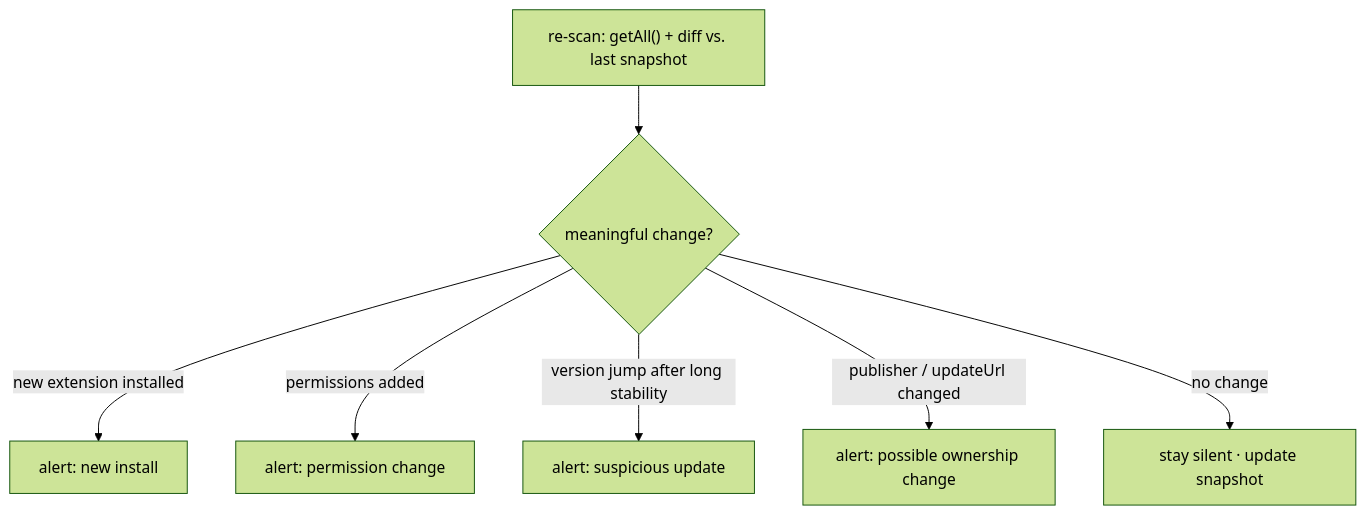
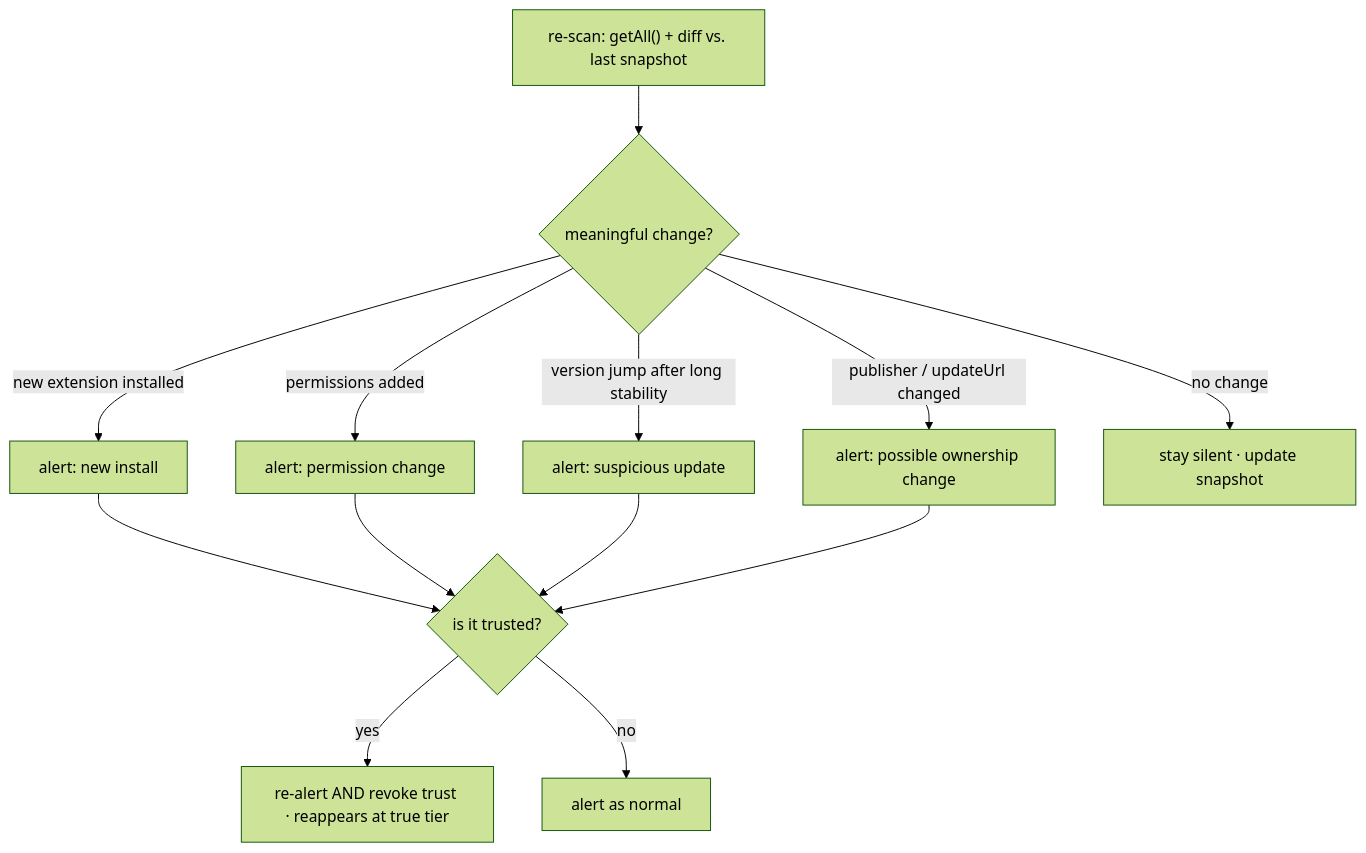
The fifth of 6 diagrams in README.md (junnythemarksman/Ext-Ray), drawn with Mermaid (forest theme) before and after one commit. The commit also changed other lines of this file and 1 other file, not shown here.

Commit message:
docs: record Trusted extensions (Phase 9.6) + diagram updates

````diff
--- a/README.md
+++ b/README.md
@@ -179,9 +184,12 @@
 ```mermaid
 flowchart TD
     SCAN["re-scan: getAll() + diff vs. last snapshot"] --> Q{"meaningful change?"}
     Q -->|new extension installed| A["alert: new install"]
     Q -->|permissions added| B["alert: permission change"]
     Q -->|"version jump after long stability"| C["alert: suspicious update"]
     Q -->|"publisher / updateUrl changed"| D["alert: possible ownership change"]
     Q -->|no change| E["stay silent · update snapshot"]
+    A & B & C & D --> T{"is it trusted?"}
+    T -->|yes| R["re-alert AND revoke trust · reappears at true tier"]
+    T -->|no| N["alert as normal"]
 ```
````
